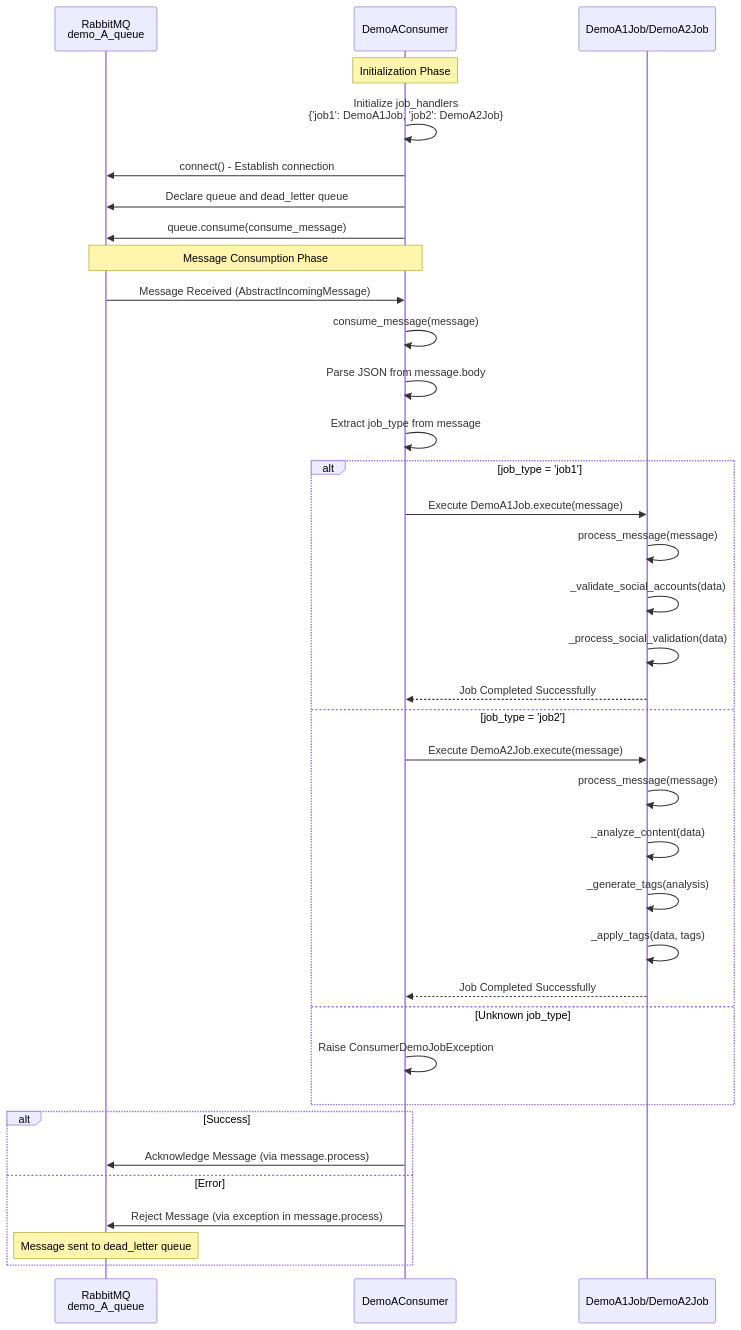
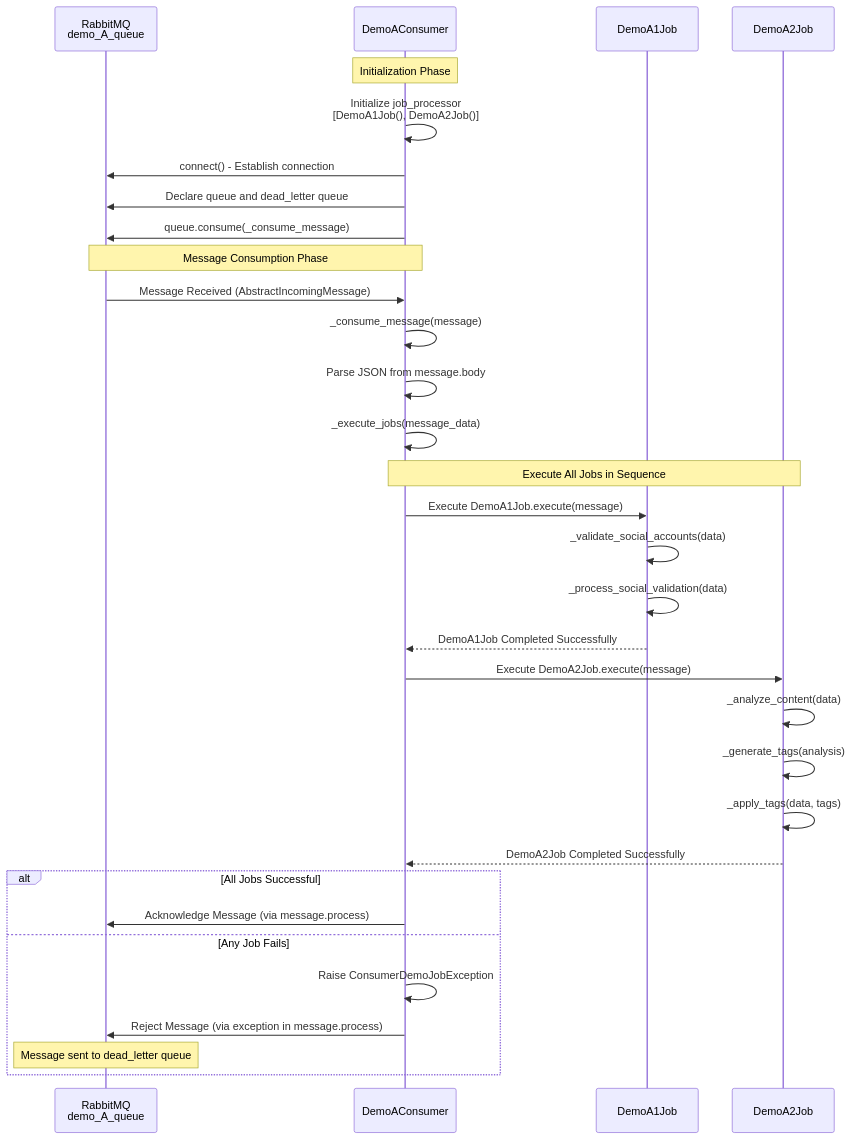
Before and after one commit to ai-botxbyte/browser-profile-serp-orchestration-service: the third of 3 diagrams in demo_a_architecture.md, drawn with Mermaid. The commit also changed other lines of this file and 15 other files, not shown here.

````diff
--- a/demo_a_architecture.md
+++ b/demo_a_architecture.md
@@ -136,42 +132,39 @@
 ```mermaid
 sequenceDiagram
     participant RMQ as RabbitMQ<br/>demo_A_queue
     participant Consumer as DemoAConsumer
-    participant Job as DemoA1Job/DemoA2Job
+    participant A1Job as DemoA1Job
+    participant A2Job as DemoA2Job
 
     Note over Consumer: Initialization Phase
-    Consumer->>Consumer: Initialize job_handlers<br/>{'job1': DemoA1Job, 'job2': DemoA2Job}
+    Consumer->>Consumer: Initialize job_processor<br/>[DemoA1Job(), DemoA2Job()]
     Consumer->>RMQ: connect() - Establish connection
     Consumer->>RMQ: Declare queue and dead_letter queue
-    Consumer->>RMQ: queue.consume(consume_message)
+    Consumer->>RMQ: queue.consume(_consume_message)
     
     Note over Consumer,RMQ: Message Consumption Phase
     RMQ->>Consumer: Message Received (AbstractIncomingMessage)
-    Consumer->>Consumer: consume_message(message)
+    Consumer->>Consumer: _consume_message(message)
     Consumer->>Consumer: Parse JSON from message.body
-    Consumer->>Consumer: Extract job_type from message
+    Consumer->>Consumer: _execute_jobs(message_data)
     
-    alt job_type = 'job1'
-        Consumer->>Job: Execute DemoA1Job.execute(message)
-        Job->>Job: process_message(message)
-        Job->>Job: _validate_social_accounts(data)
-        Job->>Job: _process_social_validation(data)
-        Job-->>Consumer: Job Completed Successfully
-    else job_type = 'job2'
-        Consumer->>Job: Execute DemoA2Job.execute(message)
-        Job->>Job: process_message(message)
-        Job->>Job: _analyze_content(data)
-        Job->>Job: _generate_tags(analysis)
-        Job->>Job: _apply_tags(data, tags)
-        Job-->>Consumer: Job Completed Successfully
-    else Unknown job_type
+    Note over Consumer,A2Job: Execute All Jobs in Sequence
+    Consumer->>A1Job: Execute DemoA1Job.execute(message)
+    A1Job->>A1Job: _validate_social_accounts(data)
+    A1Job->>A1Job: _process_social_validation(data)
+    A1Job-->>Consumer: DemoA1Job Completed Successfully
+    
+    Consumer->>A2Job: Execute DemoA2Job.execute(message)
+    A2Job->>A2Job: _analyze_content(data)
+    A2Job->>A2Job: _generate_tags(analysis)
+    A2Job->>A2Job: _apply_tags(data, tags)
+    A2Job-->>Consumer: DemoA2Job Completed Successfully
+    
+    alt All Jobs Successful
+        Consumer->>RMQ: Acknowledge Message (via message.process)
+    else Any Job Fails
         Consumer->>Consumer: Raise ConsumerDemoJobException
-    end
-    
-    alt Success
-        Consumer->>RMQ: Acknowledge Message (via message.process)
-    else Error
         Consumer->>RMQ: Reject Message (via exception in message.process)
         Note over RMQ: Message sent to dead_letter queue
     end
 ```
````
